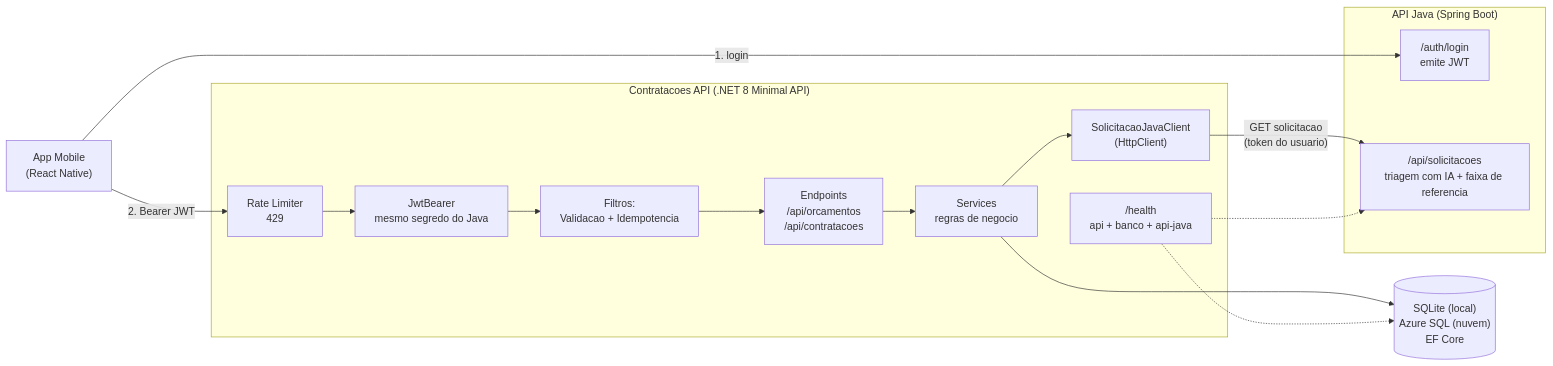
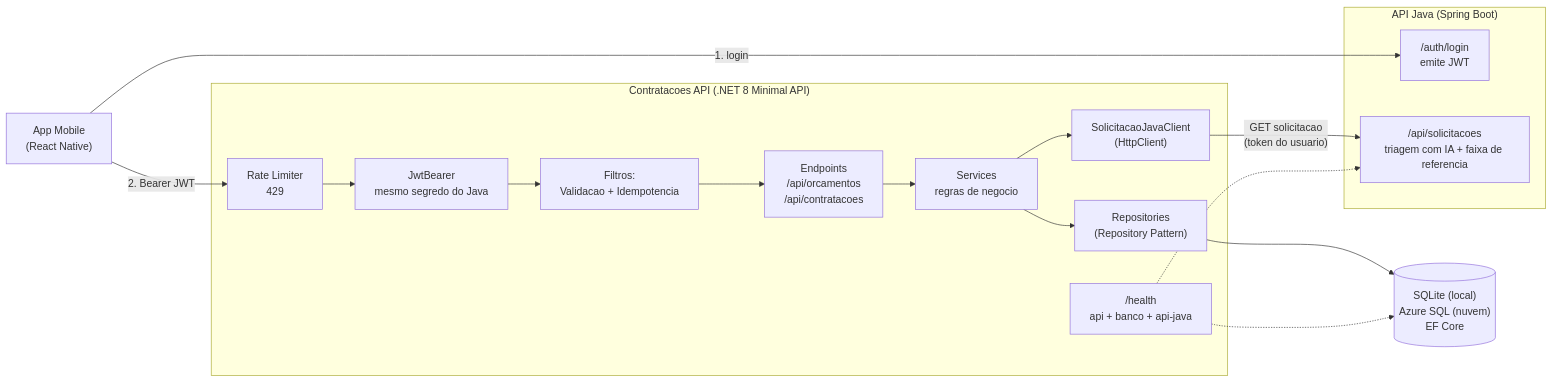
The first of 5 diagrams in README.md (kaiky06301/bico-certo-dotnet), drawn with Mermaid before and after one commit. The commit also changed other lines of this file and 13 other files, not shown here.

First line of the commit message:
Repository Pattern: Services acessam o banco só pelos repositórios

````diff
--- a/README.md
+++ b/README.md
@@ -53,28 +53,29 @@
 ```mermaid
 flowchart LR
     APP["App Mobile<br/>(React Native)"]
 
     subgraph JAVA["API Java (Spring Boot)"]
         LOGIN["/auth/login<br/>emite JWT"]
         SOL["/api/solicitacoes<br/>triagem com IA + faixa de referencia"]
     end
 
     subgraph NET["Contratacoes API (.NET 8 Minimal API)"]
         RL["Rate Limiter<br/>429"]
         AUTH["JwtBearer<br/>mesmo segredo do Java"]
         FIL["Filtros:<br/>Validacao + Idempotencia"]
         EP["Endpoints<br/>/api/orcamentos<br/>/api/contratacoes"]
         SRV["Services<br/>regras de negocio"]
+        REP["Repositories<br/>(Repository Pattern)"]
         CLI["SolicitacaoJavaClient<br/>(HttpClient)"]
         HC["/health<br/>api + banco + api-java"]
     end
 
     DB[("SQLite (local)<br/>Azure SQL (nuvem)<br/>EF Core")]
 
     APP -- "1. login" --> LOGIN
     APP -- "2. Bearer JWT" --> RL --> AUTH --> FIL --> EP --> SRV
-    SRV --> DB
+    SRV --> REP --> DB
     SRV --> CLI -- "GET solicitacao<br/>(token do usuario)" --> SOL
     HC -.-> DB
     HC -.-> SOL
 ```
````
